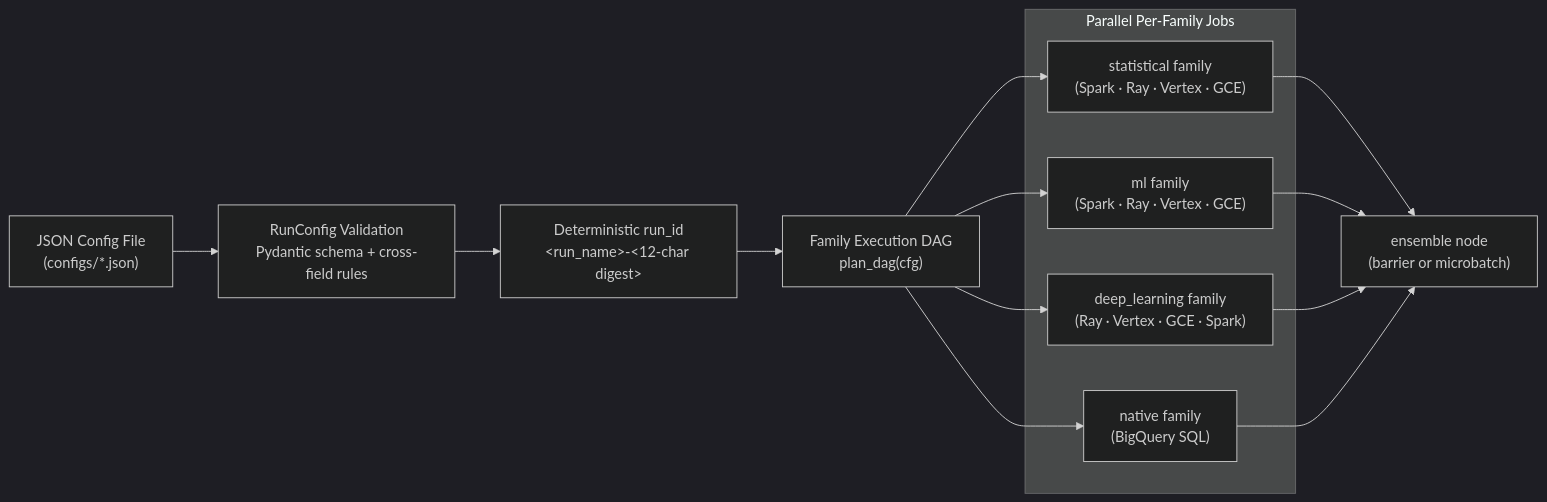
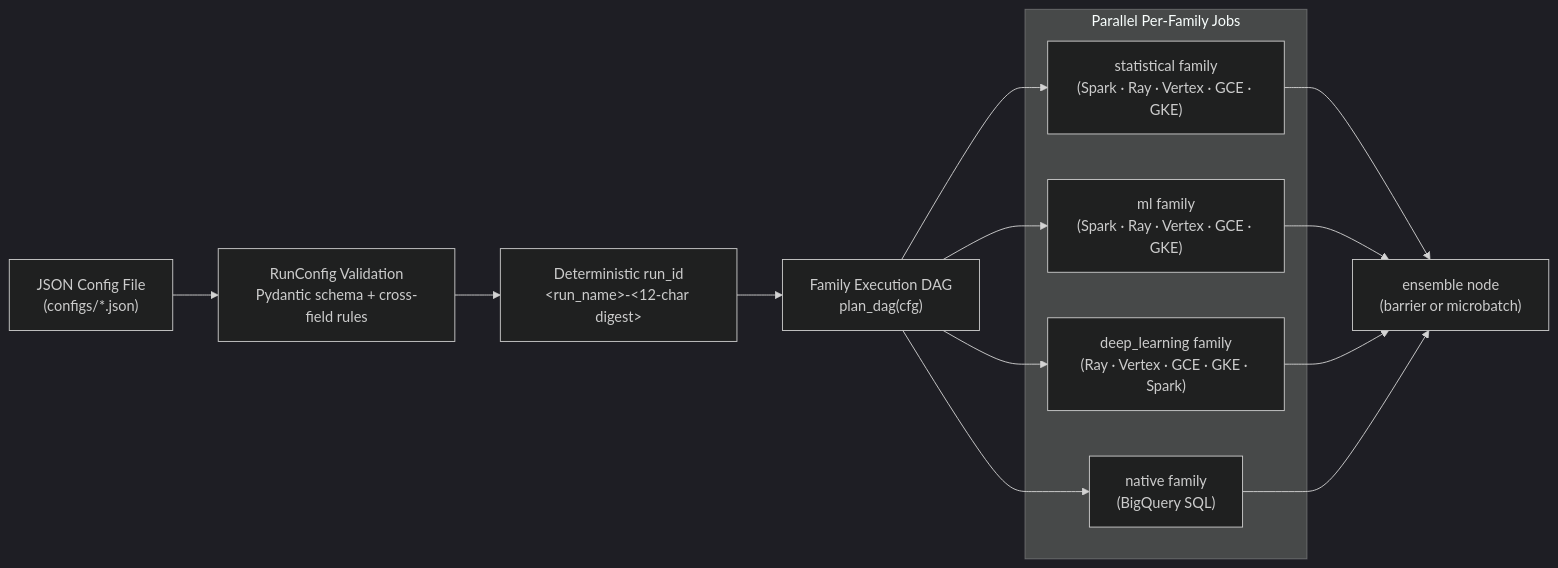
One commit to statmike/scale-forecasting changed the diagram in configs/README.md. Above: the diagram before and after it, drawn with Mermaid (dark theme). The commit also changed other lines of this file and 59 other files, not shown here.

Commit message:
feat(gke): add Google Kubernetes Engine (gke) runtime, Indexed Jobs, Ray-on-GKE, per-pod GPU scale-down, and runtimes reference

````diff
--- a/configs/README.md
+++ b/configs/README.md
@@ -7,20 +7,20 @@
 ```mermaid
 flowchart LR
     json["JSON Config File<br/>(configs/*.json)"]
     cfg["RunConfig Validation<br/>Pydantic schema + cross-field rules"]
     id["Deterministic run_id<br/>&lt;run_name&gt;-&lt;12-char digest&gt;"]
     dag["Family Execution DAG<br/>plan_dag(cfg)"]
 
     subgraph jobs["Parallel Per-Family Jobs"]
-        stat["statistical family<br/>(Spark · Ray · Vertex · GCE)"]
-        ml["ml family<br/>(Spark · Ray · Vertex · GCE)"]
-        dl["deep_learning family<br/>(Ray · Vertex · GCE · Spark)"]
+        stat["statistical family<br/>(Spark · Ray · Vertex · GCE · GKE)"]
+        ml["ml family<br/>(Spark · Ray · Vertex · GCE · GKE)"]
+        dl["deep_learning family<br/>(Ray · Vertex · GCE · GKE · Spark)"]
         nat["native family<br/>(BigQuery SQL)"]
     end
 
     ens["ensemble node<br/>(barrier or microbatch)"]
 
     json --> cfg --> id --> dag
     dag --> stat & ml & dl & nat
     stat & ml & dl & nat --> ens
 ```
````
